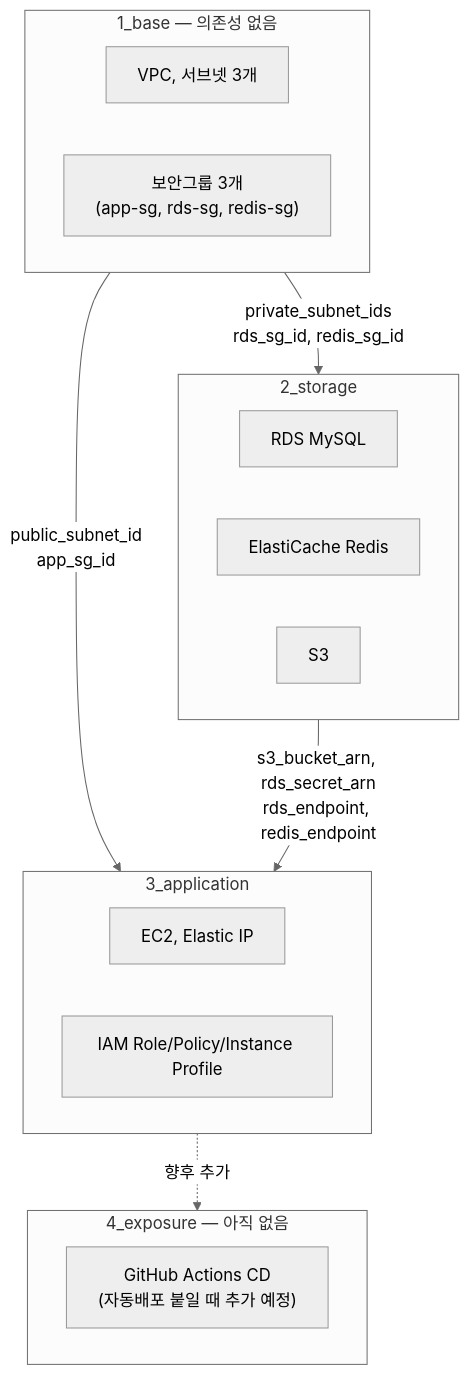
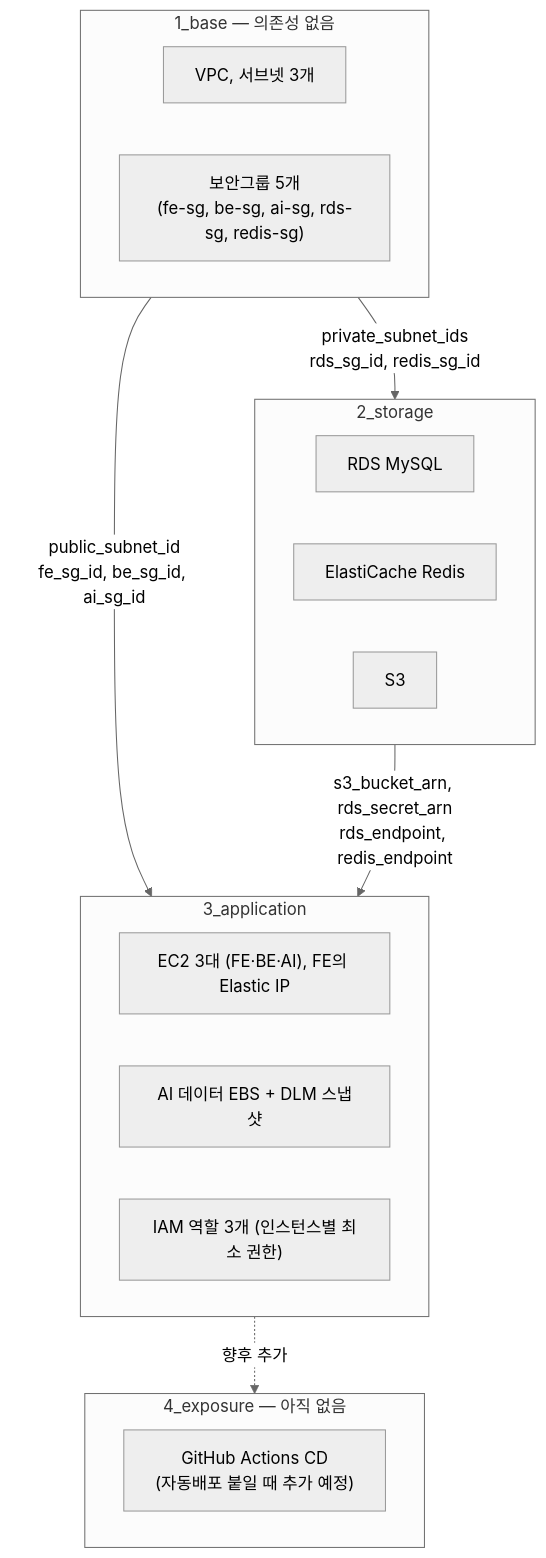
Before and after one commit to 42VoiceBridge/42VoiceBridge_Infra: the diagram in docs/GUIDE.md, drawn with Mermaid (neutral theme). The commit also changed other lines of this file and 19 other files, not shown here.

First line of the commit message:
Document the three-instance setup, verification, data protection and follow-ups

````diff
--- a/docs/GUIDE.md
+++ b/docs/GUIDE.md
@@ -26,27 +29,28 @@
 ```mermaid
 graph TB
     subgraph L1["1_base — 의존성 없음"]
         VPC["VPC, 서브넷 3개"]
-        SG["보안그룹 3개<br/>(app-sg, rds-sg, redis-sg)"]
+        SG["보안그룹 5개<br/>(fe-sg, be-sg, ai-sg, rds-sg, redis-sg)"]
     end
 
     subgraph L2["2_storage"]
         RDS["RDS MySQL"]
         REDIS["ElastiCache Redis"]
         S3["S3"]
     end
 
     subgraph L3["3_application"]
-        EC2["EC2, Elastic IP"]
-        IAM["IAM Role/Policy/Instance Profile"]
+        EC2["EC2 3대 (FE·BE·AI), FE의 Elastic IP"]
+        DATA["AI 데이터 EBS + DLM 스냅샷"]
+        IAM["IAM 역할 3개 (인스턴스별 최소 권한)"]
     end
 
     subgraph L4["4_exposure — 아직 없음"]
         CICD["GitHub Actions CD<br/>(자동배포 붙일 때 추가 예정)"]
     end
 
     L1 -- "private_subnet_ids<br/>rds_sg_id, redis_sg_id" --> L2
-    L1 -- "public_subnet_id<br/>app_sg_id" --> L3
+    L1 -- "public_subnet_id<br/>fe_sg_id, be_sg_id, ai_sg_id" --> L3
     L2 -- "s3_bucket_arn, rds_secret_arn<br/>rds_endpoint, redis_endpoint" --> L3
     L3 -.향후 추가.-> L4
 ```
````
